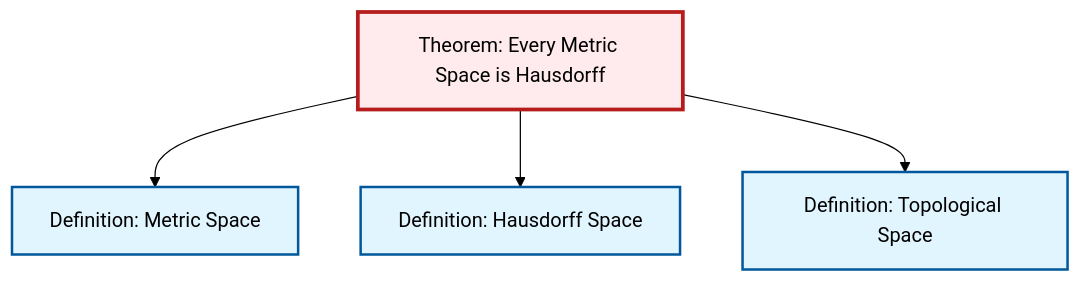
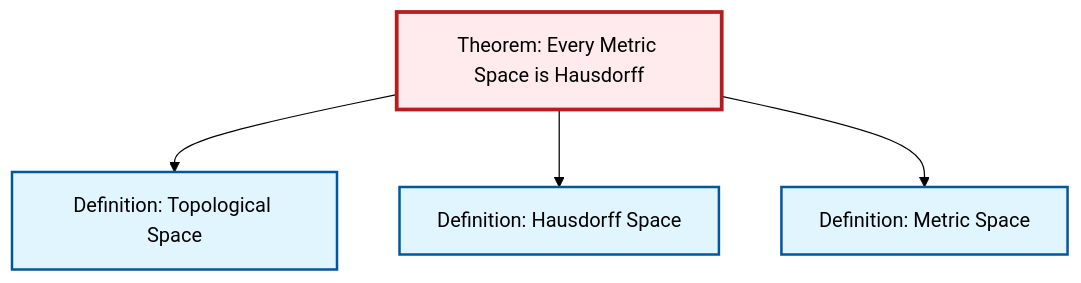
Before and after one commit to RK0429/ModernMath: the diagram in content/ja/topology/thm-metric-hausdorff.qmd, drawn with Mermaid (forest theme). The commit also changed other lines of this file and 434 other files, not shown here.

````diff
--- a/content/ja/topology/thm-metric-hausdorff.qmd
+++ b/content/ja/topology/thm-metric-hausdorff.qmd
@@ -63,20 +63,20 @@
 ```{mermaid}
 %%| fig-cap: "Local dependency graph"
 graph TD
     classDef definition fill:#e1f5fe,stroke:#01579b,stroke-width:2px
     classDef theorem fill:#f3e5f5,stroke:#4a148c,stroke-width:2px
     classDef axiom fill:#fff3e0,stroke:#e65100,stroke-width:2px
     classDef example fill:#e8f5e9,stroke:#1b5e20,stroke-width:2px
     classDef current fill:#ffebee,stroke:#b71c1c,stroke-width:3px
+    def-topological-space["Definition: Topological Space"]:::definition
     def-hausdorff["Definition: Hausdorff Space"]:::definition
     thm-metric-hausdorff["Theorem: Every Metric Space is Hausdorff"]:::theorem
-    def-topological-space["Definition: Topological Space"]:::definition
     def-metric-space["Definition: Metric Space"]:::definition
+    thm-metric-hausdorff --> def-topological-space
+    thm-metric-hausdorff --> def-hausdorff
     thm-metric-hausdorff --> def-metric-space
-    thm-metric-hausdorff --> def-hausdorff
-    thm-metric-hausdorff --> def-topological-space
     class thm-metric-hausdorff current
+    click def-topological-space "def-topological-space.html" "Definition: Topological Spaceへ"
     click def-hausdorff "def-hausdorff.html" "Definition: Hausdorff Spaceへ"
-    click def-topological-space "def-topological-space.html" "Definition: Topological Spaceへ"
     click def-metric-space "def-metric-space.html" "Definition: Metric Spaceへ"
 ```
````
